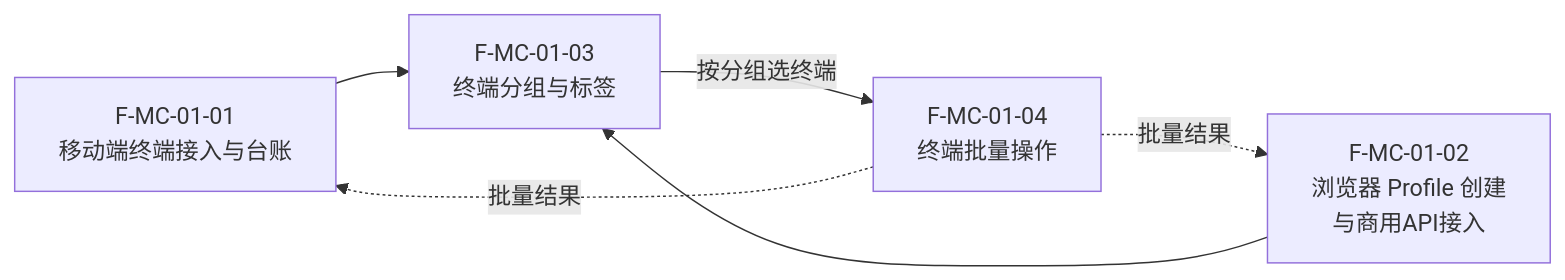
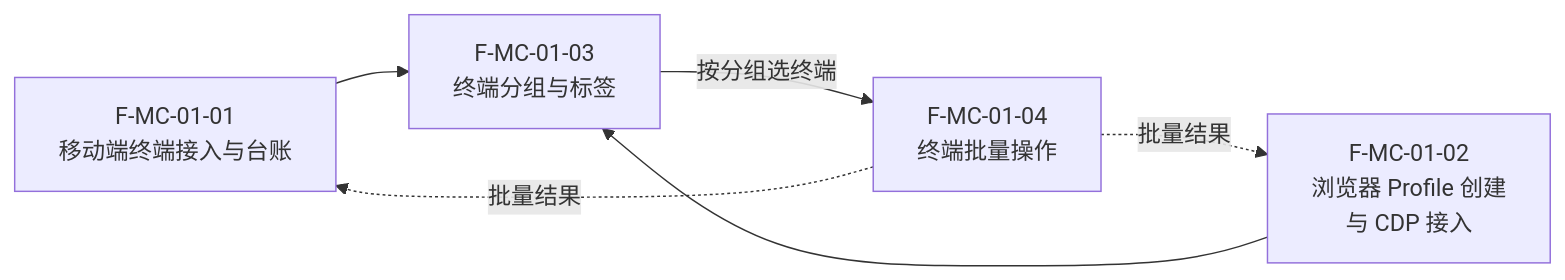
One commit to Sj-g/obsidian changed the eighth of 49 diagrams in 公司项目/认知作战/文档/软件概要设计-架构图.md. Above: the diagram before and after it, drawn with Mermaid. The commit also changed other lines of this file, not shown here.

````diff
--- a/公司项目/认知作战/文档/软件概要设计-架构图.md
+++ b/公司项目/认知作战/文档/软件概要设计-架构图.md
@@ -206,12 +213,12 @@
 ```mermaid
 flowchart LR
     F0101["F-MC-01-01<br/>移动端终端接入与台账"]
-    F0102["F-MC-01-02<br/>浏览器 Profile 创建<br/>与商用API接入"]
+    F0102["F-MC-01-02<br/>浏览器 Profile 创建<br/>与 CDP 接入"]
     F0103["F-MC-01-03<br/>终端分组与标签"]
     F0104["F-MC-01-04<br/>终端批量操作"]
 
     F0101 --> F0103
     F0102 --> F0103
     F0103 -->|"按分组选终端"| F0104
     F0104 -.->|"批量结果"| F0101 & F0102
 ```
````
